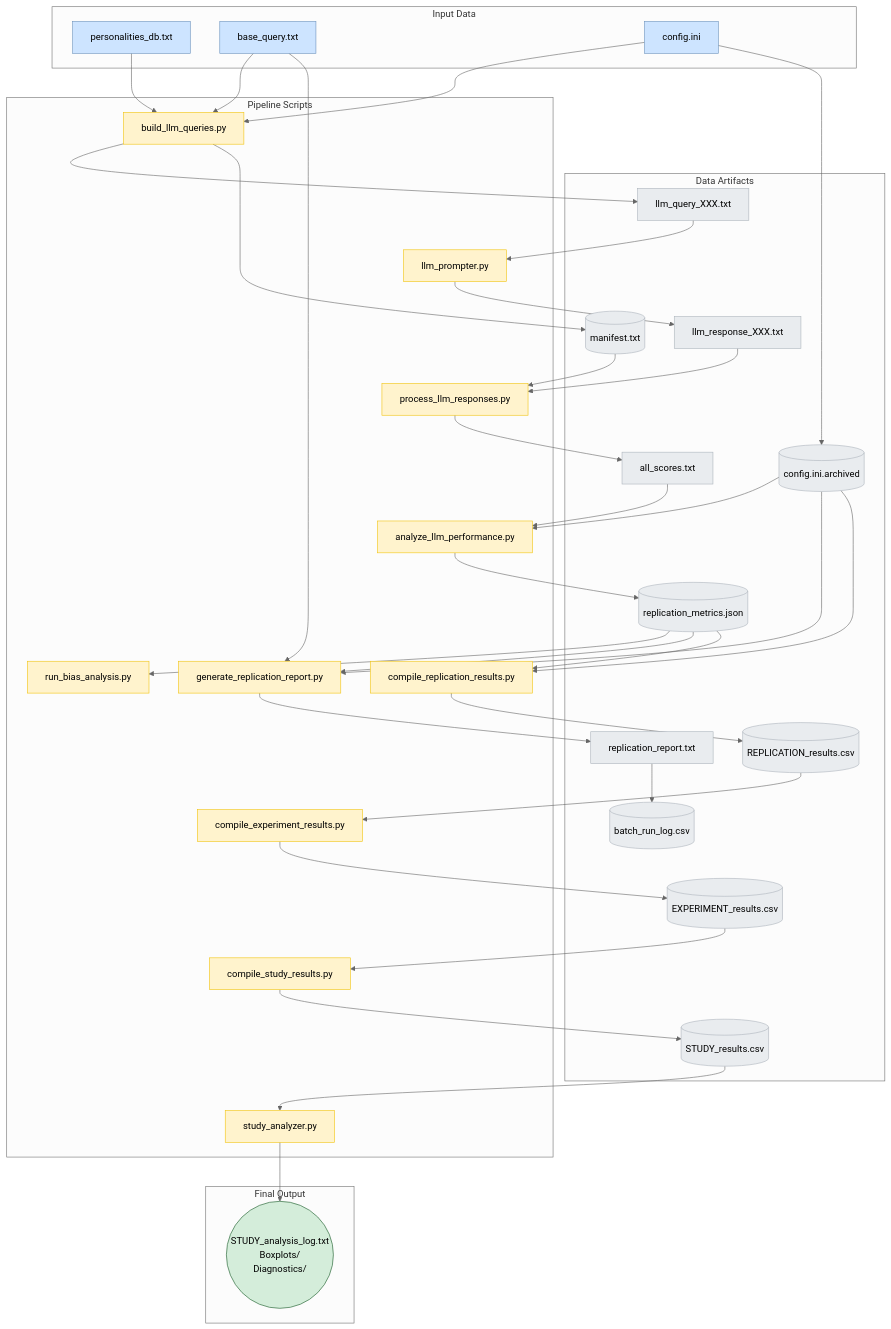
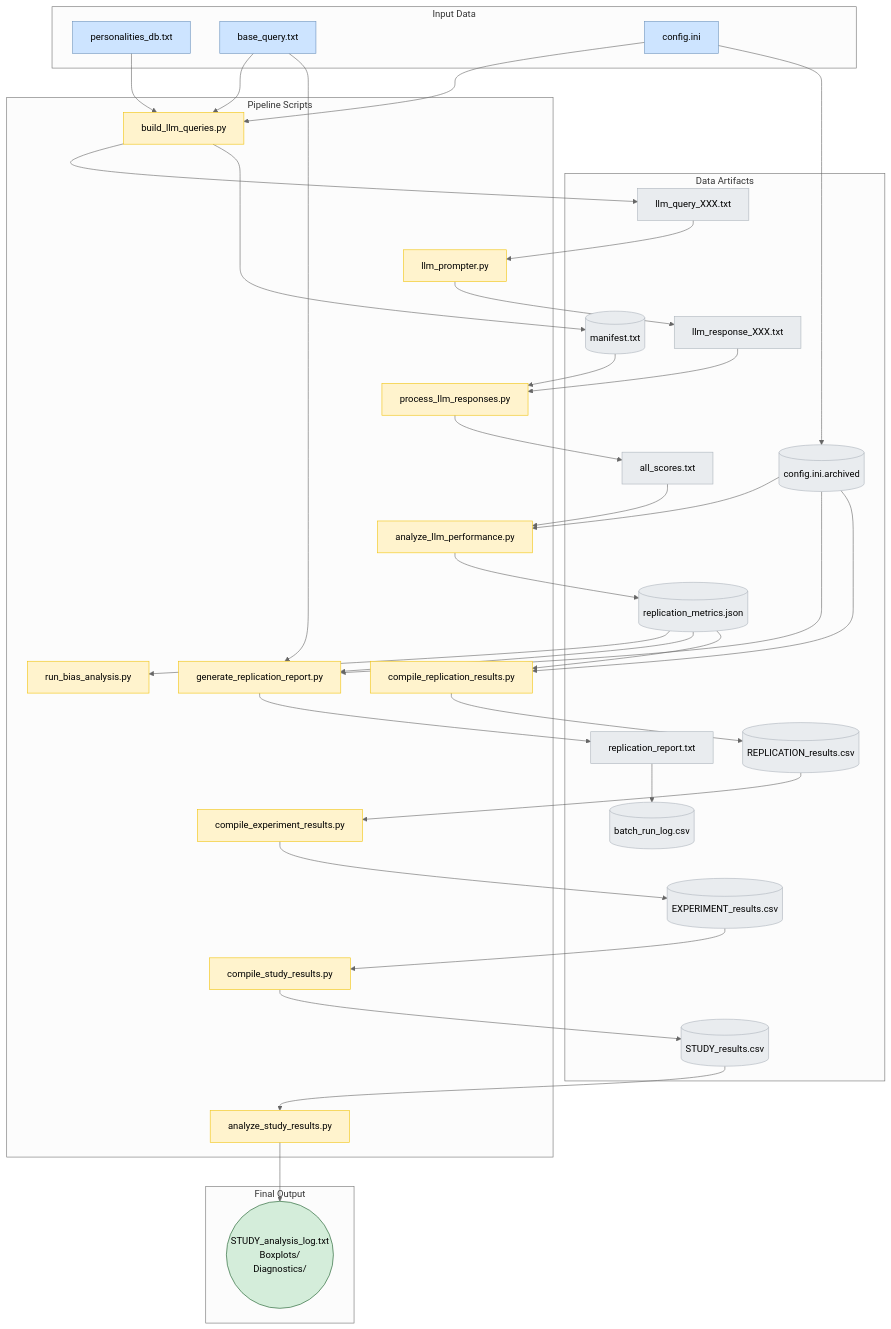
Before and after one commit to peterjmarko/llm-narrative-framework: the diagram in docs/diagrams/data_main_flow.mmd, drawn with Mermaid (neutral theme). The commit also changed 12 other files, not shown here.

```diff
--- a/docs/diagrams/data_main_flow.mmd
+++ b/docs/diagrams/data_main_flow.mmd
@@ -1,90 +1,90 @@
 graph TD
     subgraph "Input Data"
         Input_PDB["personalities_db.txt"]
         Input_Query["base_query.txt"]
         Input_Config["config.ini"]
     end
 
     subgraph "Pipeline Scripts"
         Script1["build_llm_queries.py"]
         Script2["llm_prompter.py"]
         Script3["process_llm_responses.py"]
         Script4["analyze_llm_performance.py"]
         Script5["run_bias_analysis.py"]
         Script6["generate_replication_report.py"]
         Script7["compile_replication_results.py"]
         Script8["compile_experiment_results.py"]
         Script9["compile_study_results.py"]
-        Script10["study_analyzer.py"]
+        Script10["analyze_study_results.py"]
     end
 
     subgraph "Data Artifacts"
         Art_archive[("config.ini.archived")]
         Art_query["llm_query_XXX.txt"]
         Art_manifest[("manifest.txt")]
         Art_response["llm_response_XXX.txt"]
         Art_scores["all_scores.txt"]
         Art_metrics[("replication_metrics.json")]
         Art_report["replication_report.txt"]
         Art_rep_results[("REPLICATION_results.csv")]
         Art_exp_results[("EXPERIMENT_results.csv")]
         Art_study_results[("STUDY_results.csv")]
         Art_batch_log[("batch_run_log.csv")]
     end
     
     subgraph "Final Output"
         FinalOutputs(("STUDY_analysis_log.txt<br/>Boxplots/<br/>Diagnostics/"))
     end
 
     %% --- Data Flow Connections ---
     Input_PDB & Input_Query & Input_Config --> Script1
     Input_Config --> Art_archive
     Script1 --> Art_query & Art_manifest
     Art_query --> Script2
     Script2 --> Art_response
     Art_response & Art_manifest --> Script3
     Script3 --> Art_scores
     Art_scores & Art_archive --> Script4
     Script4 --> Art_metrics
     Art_metrics --> Script5
     Art_metrics & Art_archive & Input_Query --> Script6
     Script6 --> Art_report
     Art_report --> Art_batch_log
     Art_metrics & Art_archive --> Script7
     Script7 --> Art_rep_results
     Art_rep_results --> Script8
     Script8 --> Art_exp_results
     Art_exp_results --> Script9
     Script9 --> Art_study_results
     Art_study_results --> Script10
     Script10 --> FinalOutputs
 
     %% --- Inline Styling ---
     style Input_PDB fill:#cde4ff,stroke:#6c93be
     style Input_Query fill:#cde4ff,stroke:#6c93be
     style Input_Config fill:#cde4ff,stroke:#6c93be
     
     style Script1 fill:#fff3cd,stroke:#f1c40f
     style Script2 fill:#fff3cd,stroke:#f1c40f
     style Script3 fill:#fff3cd,stroke:#f1c40f
     style Script4 fill:#fff3cd,stroke:#f1c40f
     style Script5 fill:#fff3cd,stroke:#f1c40f
     style Script6 fill:#fff3cd,stroke:#f1c40f
     style Script7 fill:#fff3cd,stroke:#f1c40f
     style Script8 fill:#fff3cd,stroke:#f1c40f
     style Script9 fill:#fff3cd,stroke:#f1c40f
     style Script10 fill:#fff3cd,stroke:#f1c40f
 
     style Art_archive fill:#e9ecef,stroke:#adb5bd
     style Art_query fill:#e9ecef,stroke:#adb5bd
     style Art_manifest fill:#e9ecef,stroke:#adb5bd
     style Art_response fill:#e9ecef,stroke:#adb5bd
     style Art_scores fill:#e9ecef,stroke:#adb5bd
     style Art_metrics fill:#e9ecef,stroke:#adb5bd
     style Art_report fill:#e9ecef,stroke:#adb5bd
     style Art_rep_results fill:#e9ecef,stroke:#adb5bd
     style Art_exp_results fill:#e9ecef,stroke:#adb5bd
     style Art_study_results fill:#e9ecef,stroke:#adb5bd
     style Art_batch_log fill:#e9ecef,stroke:#adb5bd
     
     style FinalOutputs fill:#d4edda,stroke:#155724
```
